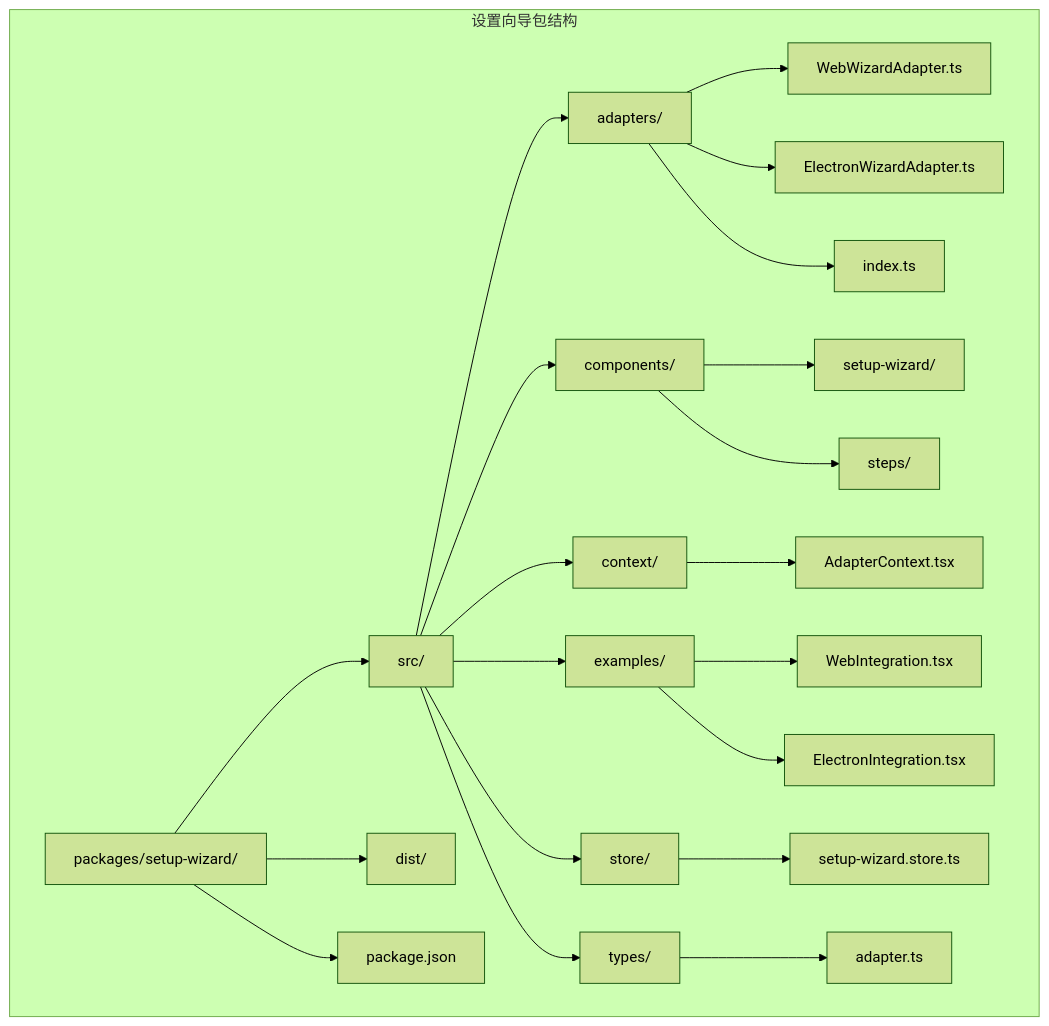
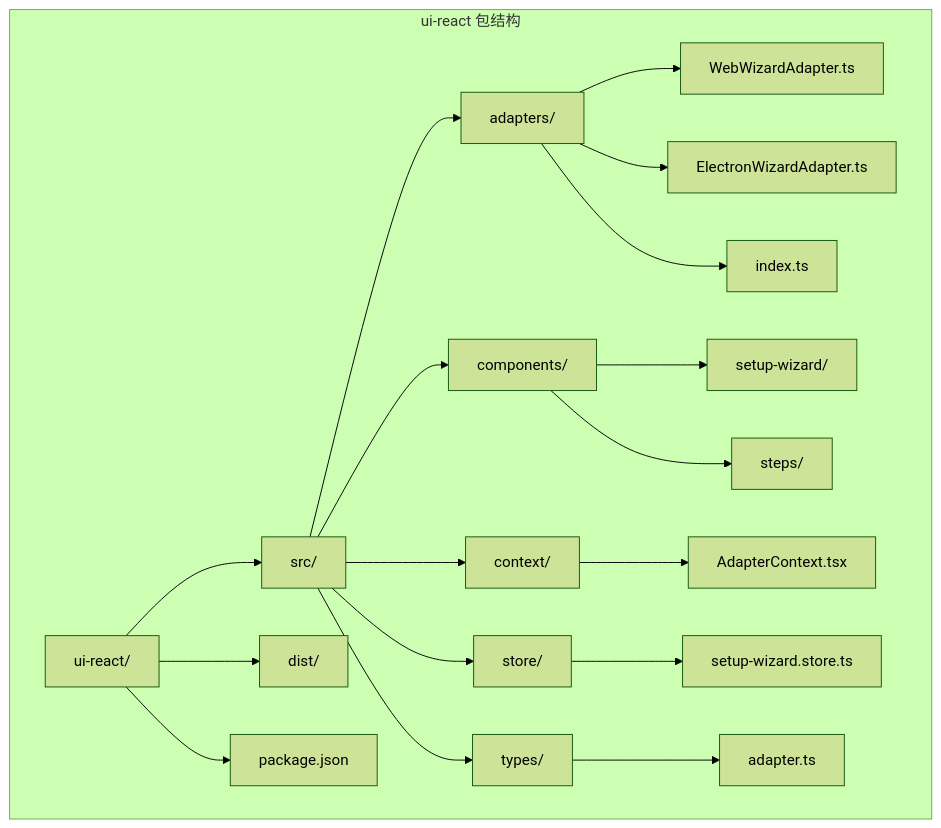
One commit to verse-ai-org/openclaw changed the first of 8 diagrams in .qoder/repowiki/zh/content/设置向导适配器.md. Above: the diagram before and after it, drawn with Mermaid (forest theme). The commit also changed other lines of this file and 34 other files, not shown here.

````diff
--- a/.qoder/repowiki/zh/content/设置向导适配器.md
+++ b/.qoder/repowiki/zh/content/设置向导适配器.md
@@ -51,24 +49,21 @@
 ```mermaid
 graph TB
-subgraph "设置向导包结构"
-A[packages/setup-wizard/] --> B[src/]
+subgraph "ui-react 包结构"
+A[ui-react/] --> B[src/]
 A --> C[dist/]
 A --> D[package.json]
 B --> E[adapters/]
 B --> F[components/]
 B --> G[context/]
-B --> H[examples/]
-B --> I[store/]
-B --> J[types/]
-E --> K[WebWizardAdapter.ts]
-E --> L[ElectronWizardAdapter.ts]
-E --> M[index.ts]
-F --> N[setup-wizard/]
-F --> O[steps/]
-G --> P[AdapterContext.tsx]
-H --> Q[WebIntegration.tsx]
-H --> R[ElectronIntegration.tsx]
-I --> S[setup-wizard.store.ts]
-J --> T[adapter.ts]
+B --> H[store/]
+B --> I[types/]
+E --> J[WebWizardAdapter.ts]
+E --> K[ElectronWizardAdapter.ts]
+E --> L[index.ts]
+F --> M[setup-wizard/]
+F --> N[steps/]
+G --> O[AdapterContext.tsx]
+H --> P[setup-wizard.store.ts]
+I --> Q[adapter.ts]
 end
 ```
````
